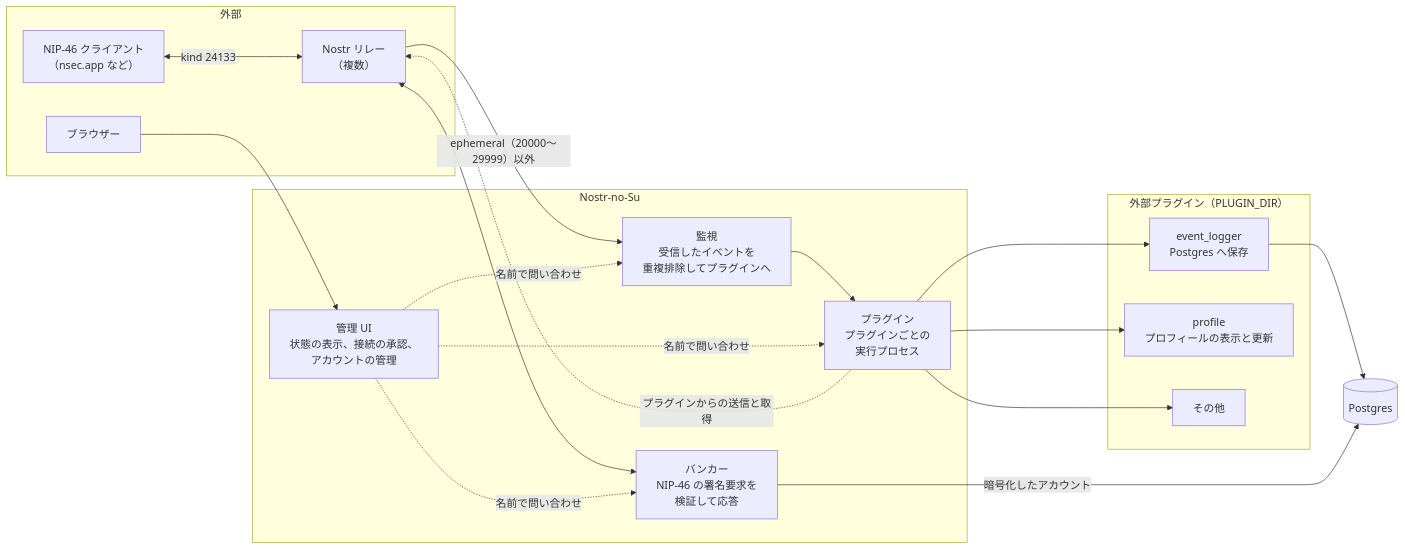
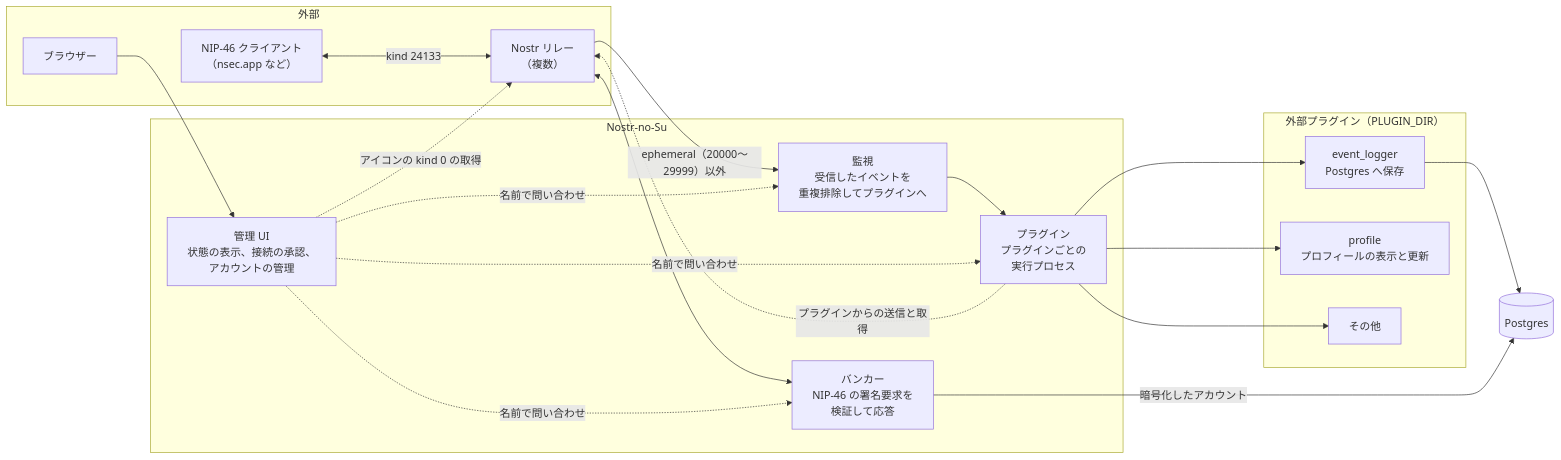
The first of 9 diagrams in docs/architecture.md (neverclear86/nostr-no-su), drawn with Mermaid before and after one commit. The commit also changed other lines of this file and 24 other files, not shown here.

````diff
--- a/docs/architecture.md
+++ b/docs/architecture.md
@@ -15,36 +15,37 @@
 ```mermaid
 flowchart LR
     subgraph external["外部"]
         relays["Nostr リレー<br/>（複数）"]
         client["NIP-46 クライアント<br/>（nsec.app など）"]
         browser["ブラウザー"]
     end
 
     subgraph host["Nostr-no-Su"]
         monitor["監視<br/>受信したイベントを<br/>重複排除してプラグインへ"]
         bunker["バンカー<br/>NIP-46 の署名要求を<br/>検証して応答"]
         plugins["プラグイン<br/>プラグインごとの<br/>実行プロセス"]
         admin["管理 UI<br/>状態の表示、接続の承認、<br/>アカウントの管理"]
     end
 
     subgraph ext_plugins["外部プラグイン（PLUGIN_DIR）"]
         event_logger["event_logger<br/>Postgres へ保存"]
         profile["profile<br/>プロフィールの表示と更新"]
         others["その他"]
     end
 
     relays -->|"ephemeral（20000〜29999）以外"| monitor
     monitor --> plugins
     plugins --> event_logger
     plugins --> profile
     plugins --> others
     plugins -.->|"プラグインからの送信と取得"| relays
     client <-->|"kind 24133"| relays
     relays <--> bunker
     browser --> admin
     admin -.->|"名前で問い合わせ"| monitor
     admin -.->|"名前で問い合わせ"| bunker
     admin -.->|"名前で問い合わせ"| plugins
+    admin -.->|"アイコンの kind 0 の取得"| relays
     event_logger --> postgres[("Postgres")]
     bunker -->|"暗号化したアカウント"| postgres
 ```
````
